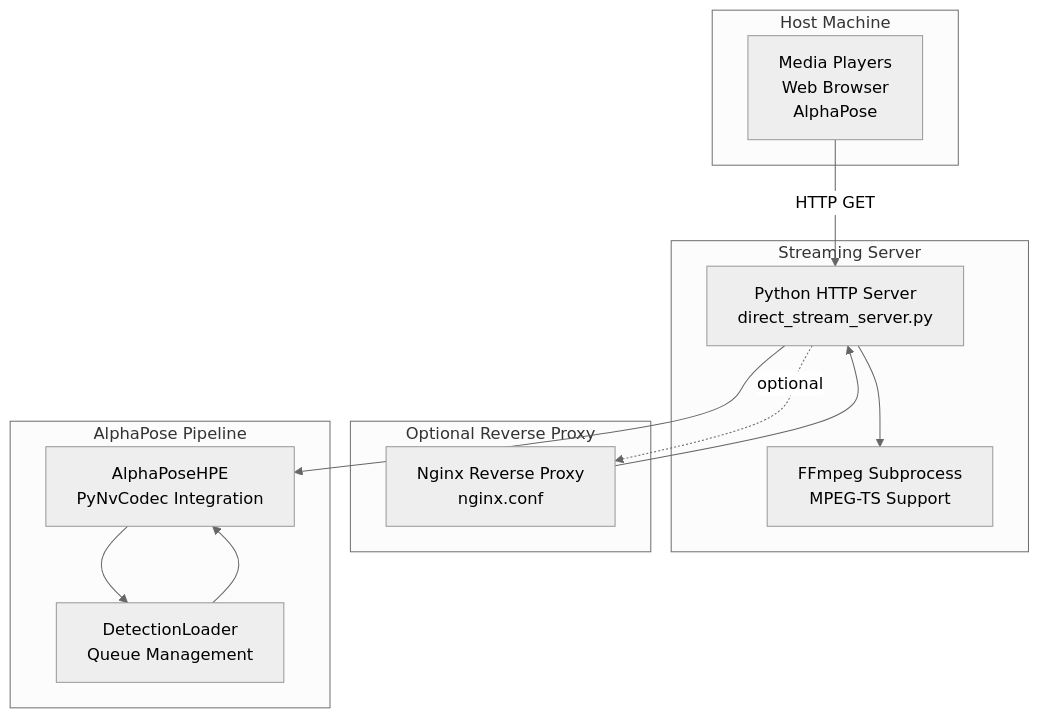
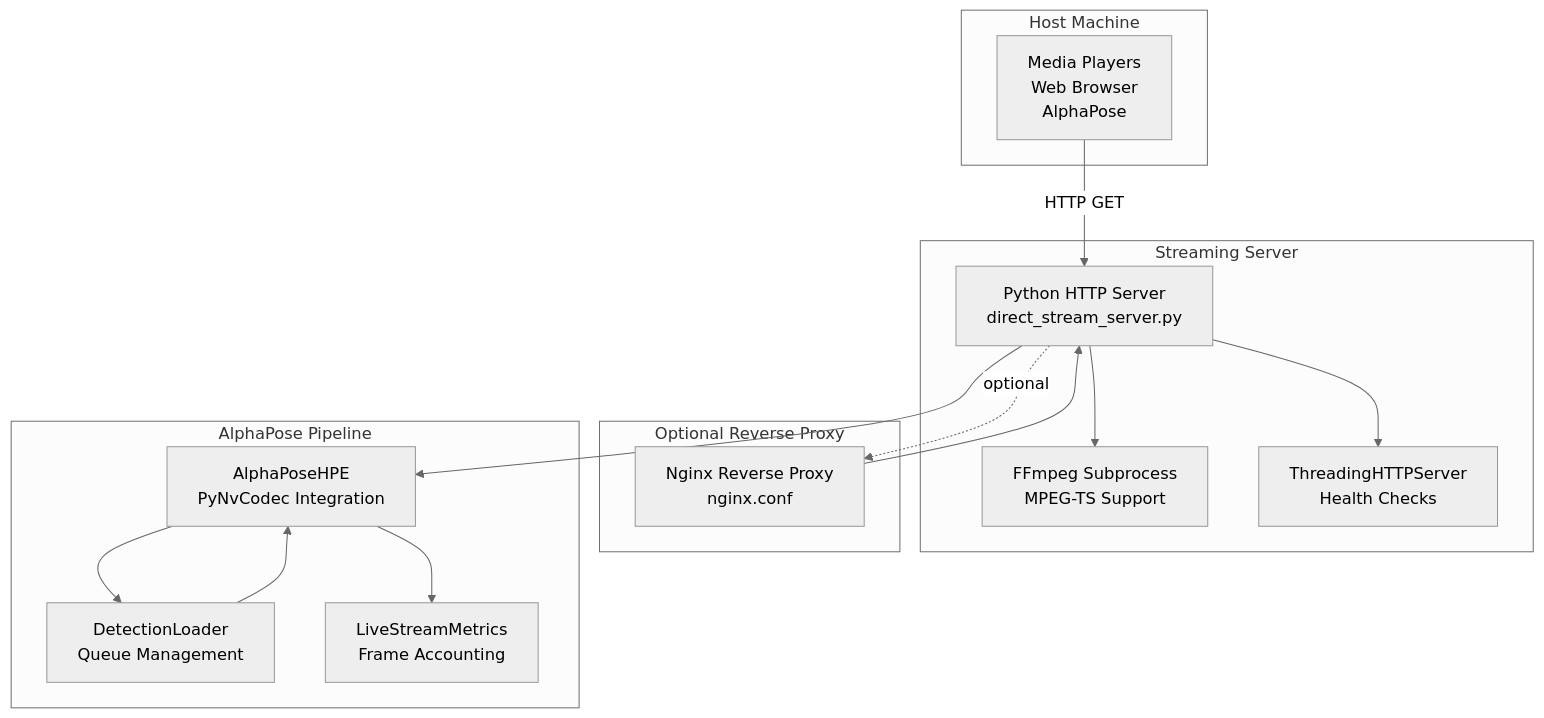
Before and after one commit to Fogus-Gr/MeasurementsDTs: the first of 4 diagrams in .qoder/repowiki/en/content/Deployment Infrastructure/HTTP Streaming Server.md, drawn with Mermaid (neutral theme). The commit also changed other lines of this file and 7 other files, not shown here.

````diff
--- a/.qoder/repowiki/en/content/Deployment Infrastructure/HTTP Streaming Server.md
+++ b/.qoder/repowiki/en/content/Deployment Infrastructure/HTTP Streaming Server.md
@@ -63,24 +70,28 @@
 ```mermaid
 graph TB
 subgraph "Host Machine"
 Client["Media Players<br/>Web Browser<br/>AlphaPose"]
 end
 subgraph "Streaming Server"
 HTTP["Python HTTP Server<br/>direct_stream_server.py"]
 FF["FFmpeg Subprocess<br/>MPEG-TS Support"]
+TH["ThreadingHTTPServer<br/>Health Checks"]
 end
 subgraph "Optional Reverse Proxy"
 NGINX["Nginx Reverse Proxy<br/>nginx.conf"]
 end
 subgraph "AlphaPose Pipeline"
 AP["AlphaPoseHPE<br/>PyNvCodec Integration"]
 DL["DetectionLoader<br/>Queue Management"]
+LS["LiveStreamMetrics<br/>Frame Accounting"]
 end
 Client --> |HTTP GET| HTTP
+HTTP --> TH
 HTTP --> FF
 HTTP -. optional .-> NGINX
 NGINX --> HTTP
 HTTP --> AP
 AP --> DL
+AP --> LS
 DL --> AP
 ```
````
